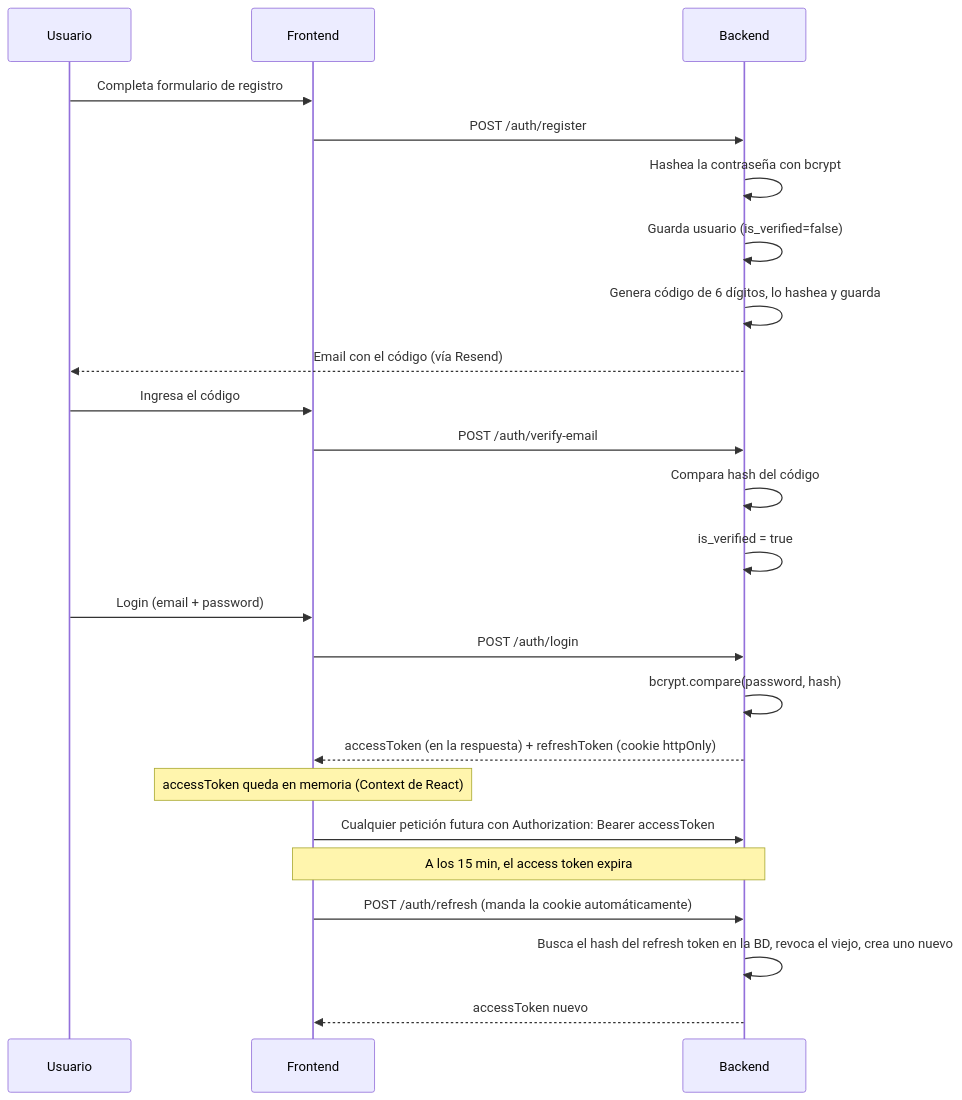
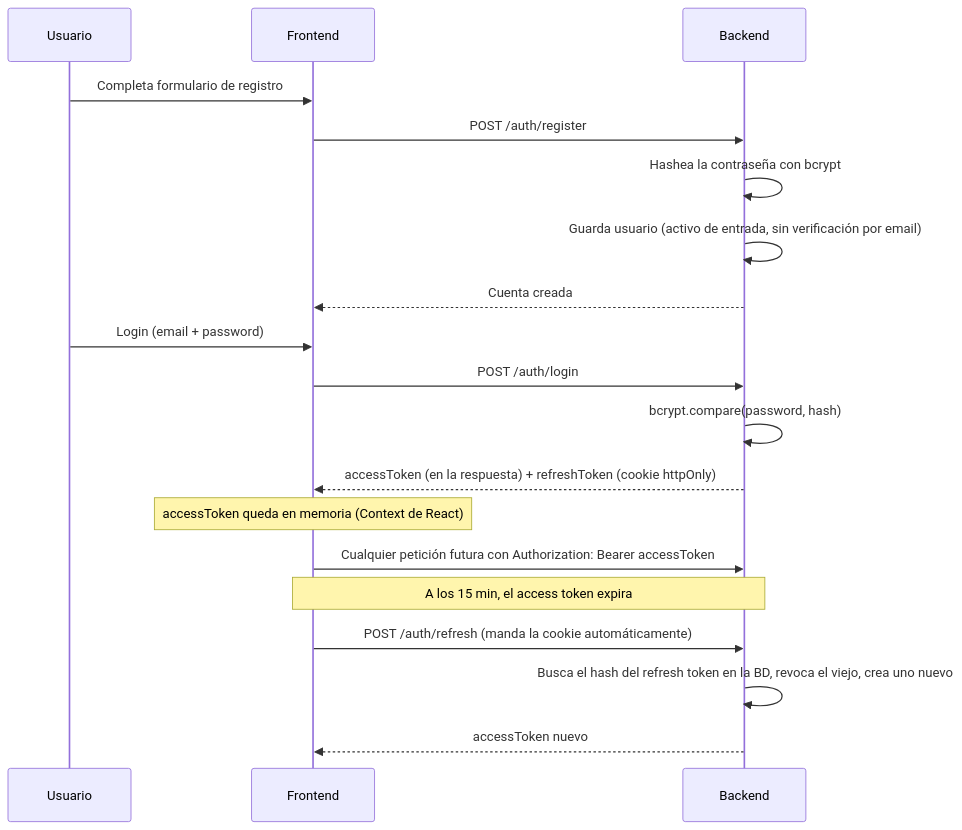
The fourth of 9 diagrams in DOCUMENTACION_TECNICA.md (Sebollitaaa/PataHogarWEB), drawn with Mermaid before and after one commit. The commit also changed other lines of this file and 26 other files, not shown here.

First line of the commit message:
feat: eliminar por completo el sistema de verificacion por email/gmail

````diff
--- a/DOCUMENTACION_TECNICA.md
+++ b/DOCUMENTACION_TECNICA.md
@@ -461,27 +448,22 @@
 ```mermaid
 sequenceDiagram
     participant U as Usuario
     participant FE as Frontend
     participant BE as Backend
 
     U->>FE: Completa formulario de registro
     FE->>BE: POST /auth/register
     BE->>BE: Hashea la contraseña con bcrypt
-    BE->>BE: Guarda usuario (is_verified=false)
-    BE->>BE: Genera código de 6 dígitos, lo hashea y guarda
-    BE-->>U: Email con el código (vía Resend)
-    U->>FE: Ingresa el código
-    FE->>BE: POST /auth/verify-email
-    BE->>BE: Compara hash del código
-    BE->>BE: is_verified = true
+    BE->>BE: Guarda usuario (activo de entrada, sin verificación por email)
+    BE-->>FE: Cuenta creada
     U->>FE: Login (email + password)
     FE->>BE: POST /auth/login
     BE->>BE: bcrypt.compare(password, hash)
     BE-->>FE: accessToken (en la respuesta) + refreshToken (cookie httpOnly)
     Note over FE: accessToken queda en memoria (Context de React)
     FE->>BE: Cualquier petición futura con Authorization: Bearer accessToken
     Note over FE,BE: A los 15 min, el access token expira
     FE->>BE: POST /auth/refresh (manda la cookie automáticamente)
     BE->>BE: Busca el hash del refresh token en la BD, revoca el viejo, crea uno nuevo
     BE-->>FE: accessToken nuevo
 ```
````
